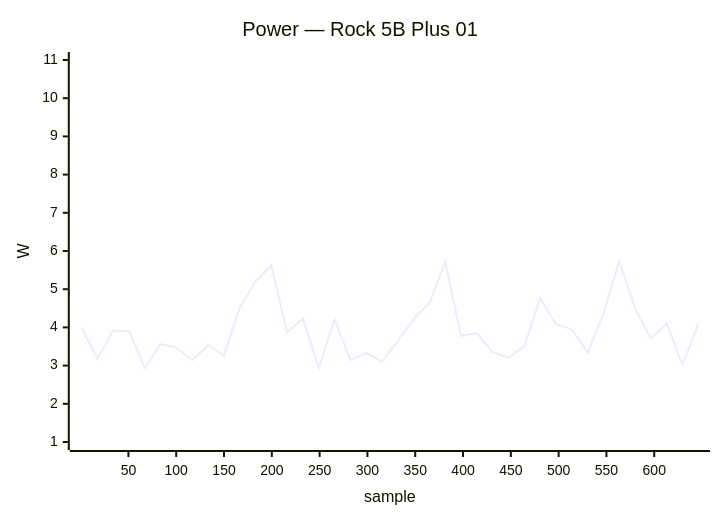
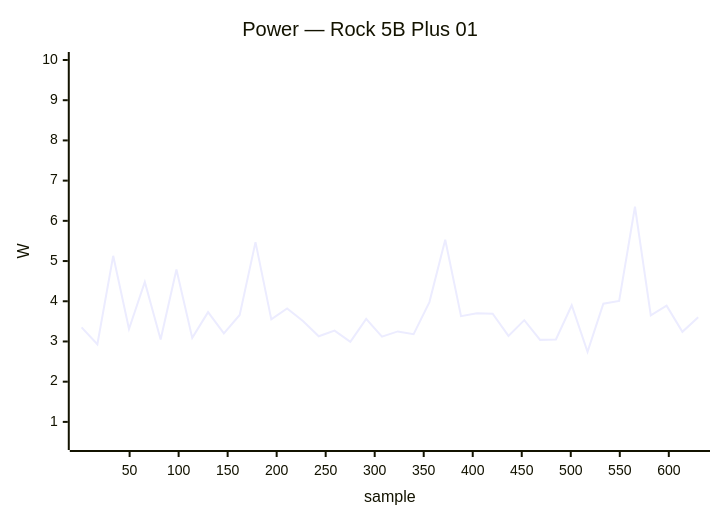
Diagram 11 of 34 in docs/status/board-tests.md (armbian/documentation), drawn with Mermaid before and after one commit. The commit also changed other lines of this file, not shown here.

````diff
--- a/docs/status/board-tests.md
+++ b/docs/status/board-tests.md
@@ -622,7 +600,7 @@
 ```mermaid
 xychart-beta
     title "Power — Rock 5B Plus 01"
-    x-axis "sample" 1 --> 646
-    y-axis "W" 1.0 --> 11.0
-    line [3.99, 3.18, 3.92, 3.90, 2.94, 3.56, 3.47, 3.14, 3.54, 3.26, 4.51, 5.21, 5.62, 3.87, 4.23, 2.93, 4.22, 3.14, 3.33, 3.11, 3.64, 4.22, 4.64, 5.71, 3.78, 3.85, 3.35, 3.20, 3.51, 4.76, 4.09, 3.95, 3.34, 4.35, 5.74, 4.51, 3.70, 4.11, 3.02, 4.08]
+    x-axis "sample" 1 --> 630
+    y-axis "W" 0.5 --> 10.0
+    line [3.35, 2.93, 5.13, 3.31, 4.48, 3.05, 4.79, 3.09, 3.73, 3.20, 3.66, 5.47, 3.55, 3.82, 3.51, 3.13, 3.27, 2.99, 3.56, 3.12, 3.25, 3.18, 3.98, 5.53, 3.63, 3.70, 3.69, 3.14, 3.53, 3.04, 3.05, 3.90, 2.74, 3.94, 4.01, 6.35, 3.65, 3.89, 3.24, 3.60]
 ```
````
